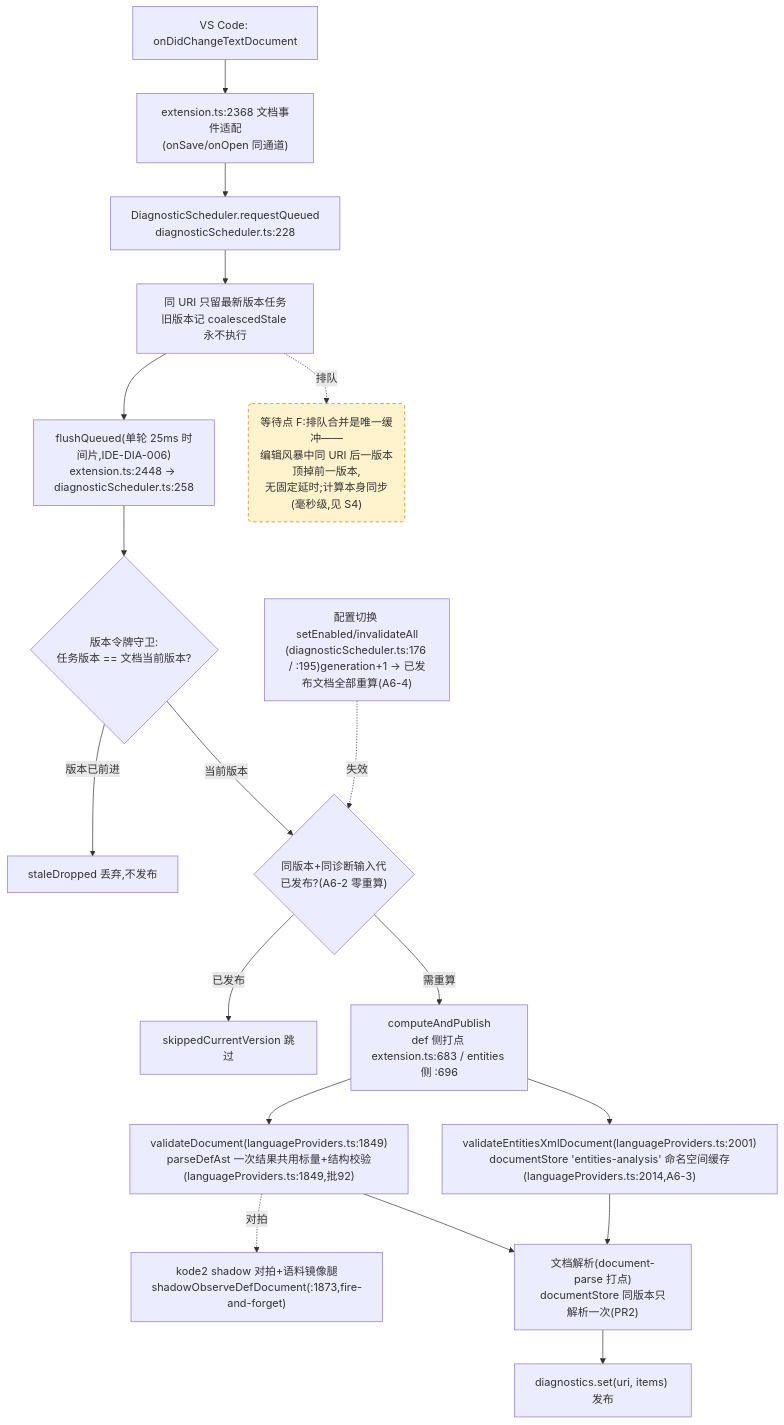
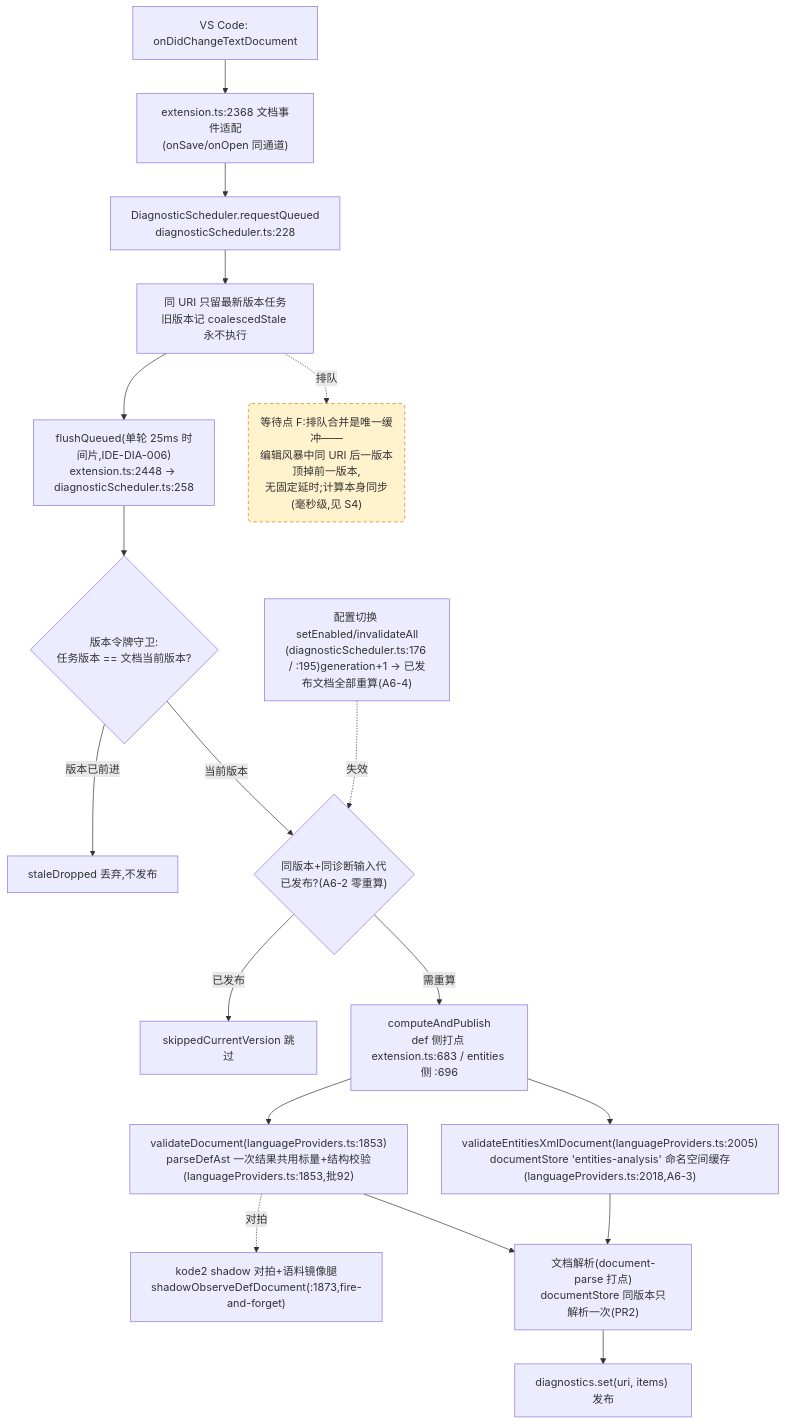
One commit to cuihairu/kode changed the fourth of 4 diagrams in docs/perf/2026-baseline.md. Above: the diagram before and after it, drawn with Mermaid. The commit also changed other lines of this file and 4 other files, not shown here.

````diff
--- a/docs/perf/2026-baseline.md
+++ b/docs/perf/2026-baseline.md
@@ -214,38 +214,38 @@
 ```mermaid
 flowchart TD
   CHG["VS Code: onDidChangeTextDocument"]
   WATCH["extension.ts:2368 文档事件适配<br/>(onSave/onOpen 同通道)"]
   RQ["DiagnosticScheduler.requestQueued<br/>diagnosticScheduler.ts:228"]
   CO["同 URI 只留最新版本任务<br/>旧版本记 coalescedStale 永不执行"]
   FL["flushQueued(单轮 25ms 时间片,IDE-DIA-006)<br/>extension.ts:2448 → diagnosticScheduler.ts:258"]
   VG{"版本令牌守卫:<br/>任务版本 == 文档当前版本?"}
   DROP["staleDropped 丢弃,不发布"]
   GEN{"同版本+同诊断输入代<br/>已发布?(A6-2 零重算)"}
   SKIP["skippedCurrentVersion 跳过"]
   CALC["computeAndPublish<br/>def 侧打点 extension.ts:683 / entities 侧 :696"]
-  VD["validateDocument(languageProviders.ts:1849)<br/>parseDefAst 一次结果共用标量+结构校验(languageProviders.ts:1849,批92)"]
-  VEX["validateEntitiesXmlDocument(languageProviders.ts:2001)<br/>documentStore 'entities-analysis' 命名空间缓存(languageProviders.ts:2014,A6-3)"]
+  VD["validateDocument(languageProviders.ts:1853)<br/>parseDefAst 一次结果共用标量+结构校验(languageProviders.ts:1853,批92)"]
+  VEX["validateEntitiesXmlDocument(languageProviders.ts:2005)<br/>documentStore 'entities-analysis' 命名空间缓存(languageProviders.ts:2018,A6-3)"]
   SHDD["kode2 shadow 对拍+语料镜像腿<br/>shadowObserveDefDocument(:1873,fire-and-forget)"]
   DS["文档解析(document-parse 打点)<br/>documentStore 同版本只解析一次(PR2)"]
   PUB["diagnostics.set(uri, items) 发布"]
   CFG2["配置切换 setEnabled/invalidateAll<br/>(diagnosticScheduler.ts:176 / :195)generation+1 → 已发布文档全部重算(A6-4)"]
 
   CHG --> WATCH --> RQ --> CO --> FL --> VG
   VG -- "版本已前进" --> DROP
   VG -- "当前版本" --> GEN
   GEN -- "已发布" --> SKIP
   GEN -- "需重算" --> CALC
   CALC --> VD
   CALC --> VEX
   VD --> DS
   VEX --> DS
   DS --> PUB
   VD -.->|对拍| SHDD
   CFG2 -.->|失效| GEN
 
   WAITF("等待点 F:排队合并是唯一缓冲——<br/>编辑风暴中同 URI 后一版本顶掉前一版本,<br/>无固定延时;计算本身同步(毫秒级,见 S4)")
   CO -.->|排队| WAITF
 
   classDef waitPoint fill:#fff3cd,stroke:#d97706,stroke-dasharray:5 4;
   class WAITF waitPoint;
 ```
````
